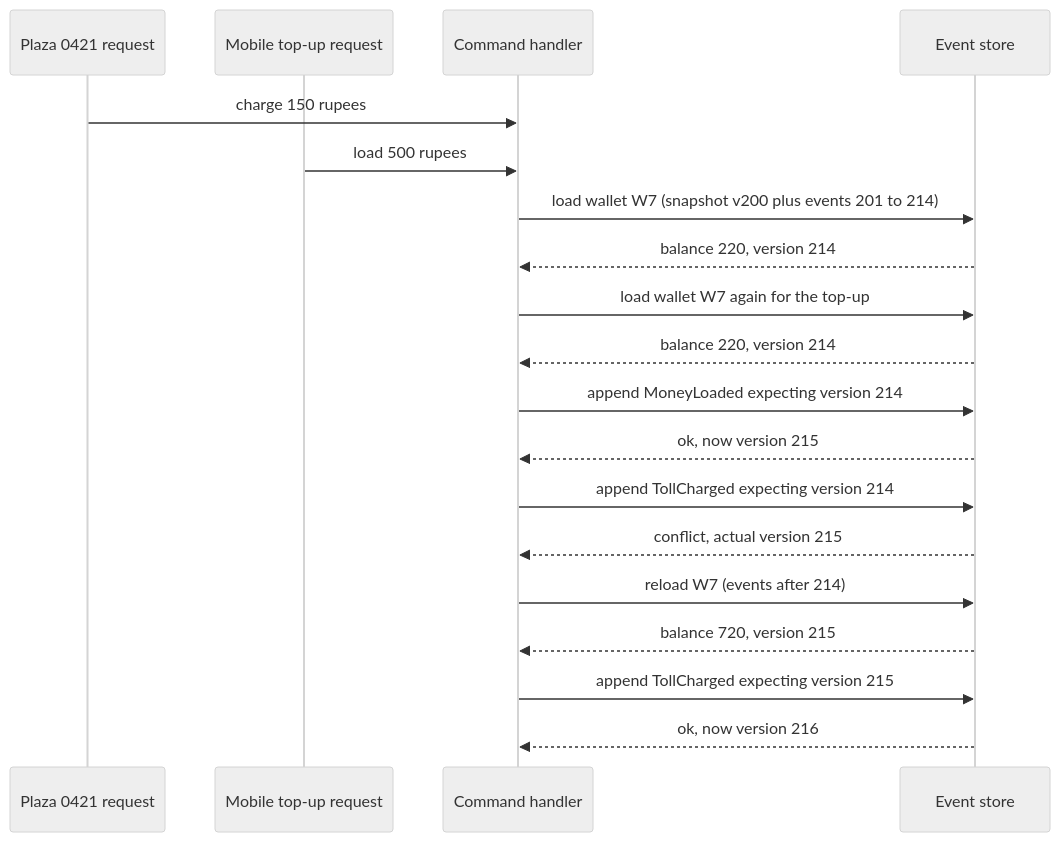
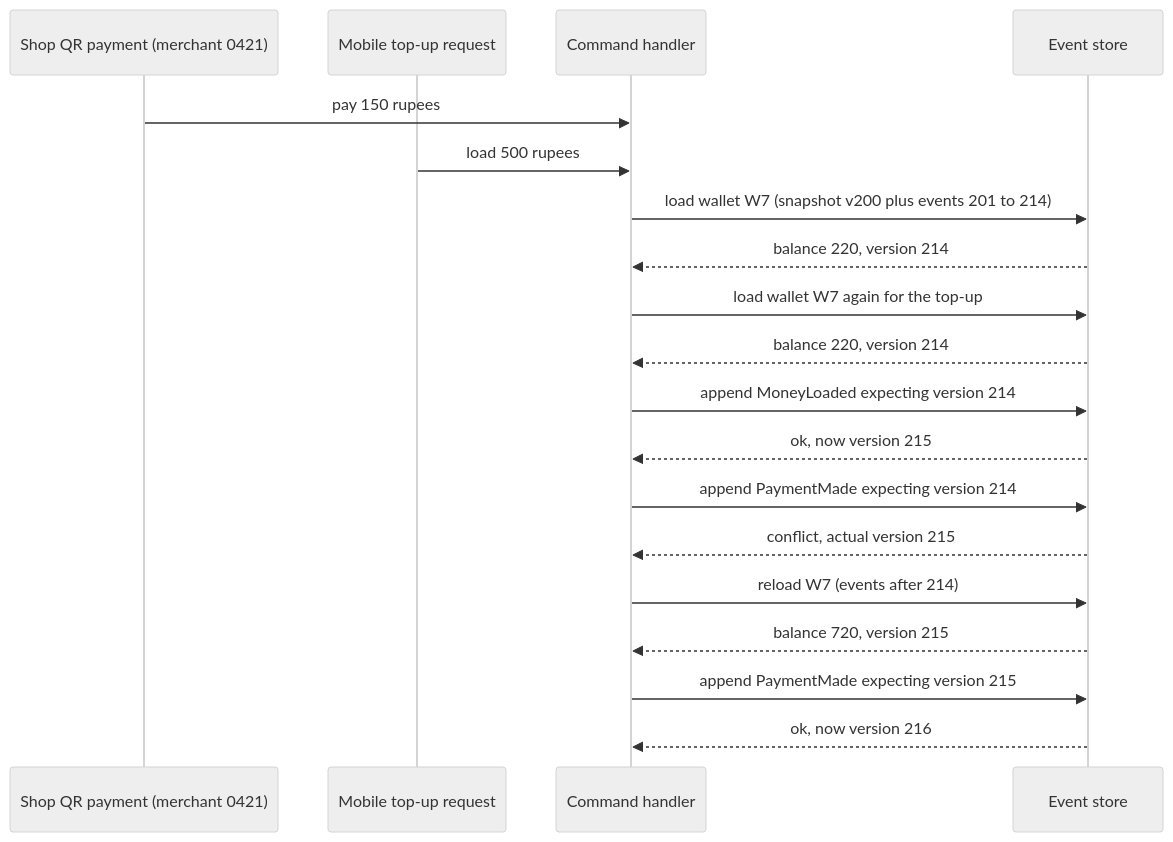
One commit to rizwi0786/system-design-lab changed the second of 2 diagrams in content/lessons/m16/m16-event-sourcing.md. Above: the diagram before and after it, drawn with Mermaid (neutral theme). The commit also changed other lines of this file and 334 other files, not shown here.

````diff
--- a/content/lessons/m16/m16-event-sourcing.md
+++ b/content/lessons/m16/m16-event-sourcing.md
@@ -243,21 +244,21 @@
 ```mermaid
 sequenceDiagram
-    participant P1 as Plaza 0421 request
+    participant P1 as Shop QR payment (merchant 0421)
     participant P2 as Mobile top-up request
     participant H as Command handler
     participant S as Event store
-    P1->>H: charge 150 rupees
+    P1->>H: pay 150 rupees
     P2->>H: load 500 rupees
     H->>S: load wallet W7 (snapshot v200 plus events 201 to 214)
     S-->>H: balance 220, version 214
     H->>S: load wallet W7 again for the top-up
     S-->>H: balance 220, version 214
     H->>S: append MoneyLoaded expecting version 214
     S-->>H: ok, now version 215
-    H->>S: append TollCharged expecting version 214
+    H->>S: append PaymentMade expecting version 214
     S-->>H: conflict, actual version 215
     H->>S: reload W7 (events after 214)
     S-->>H: balance 720, version 215
-    H->>S: append TollCharged expecting version 215
+    H->>S: append PaymentMade expecting version 215
     S-->>H: ok, now version 216
 ```
````
